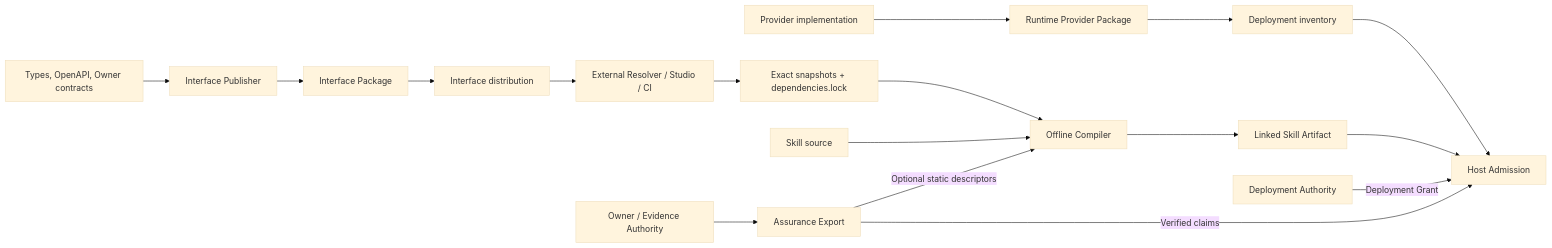
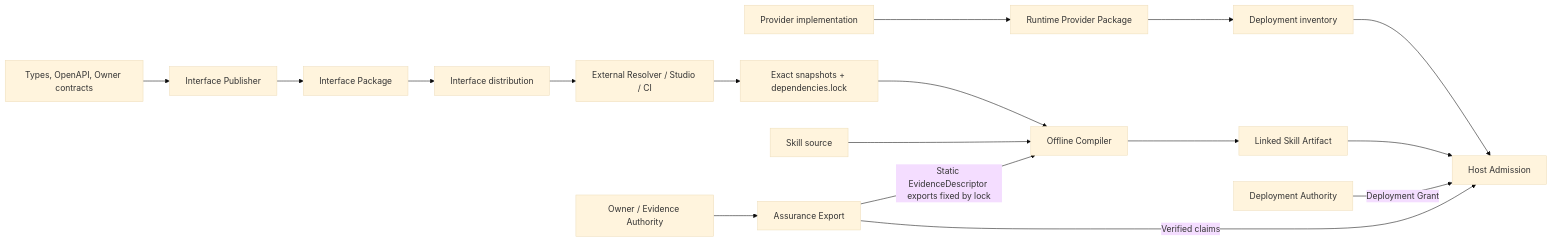
The first of 3 diagrams in docs/design/ca-toolchain-architecture-vnext.zh-CN.md (odango-chan/ca-skill-compiler), drawn with Mermaid (base theme) before and after one commit. The commit also changed other lines of this file and 4 other files, not shown here.

```diff
--- a/docs/design/ca-toolchain-architecture-vnext.zh-CN.md
+++ b/docs/design/ca-toolchain-architecture-vnext.zh-CN.md
@@ -17,19 +17,19 @@
 ~~~mermaid
 flowchart LR
     SRC["Types, OpenAPI, Owner contracts"] --> PUB["Interface Publisher"]
     PUB --> IP["Interface Package"]
     IMPL["Provider implementation"] --> RP["Runtime Provider Package"]
     IP --> IR["Interface distribution"]
     IR --> RES["External Resolver / Studio / CI"]
     RES --> IN["Exact snapshots + dependencies.lock"]
     IN --> C["Offline Compiler"]
     SK["Skill source"] --> C
     C --> ART["Linked Skill Artifact"]
     RP --> DEP["Deployment inventory"]
     EA["Owner / Evidence Authority"] --> AE["Assurance Export"]
-    AE -->|Optional static descriptors| C
+    AE -->|Static EvidenceDescriptor exports fixed by lock| C
     AE -->|Verified claims| H["Host Admission"]
     ART --> H
     DEP --> H
     DA["Deployment Authority"] -->|Deployment Grant| H
 ~~~
```
